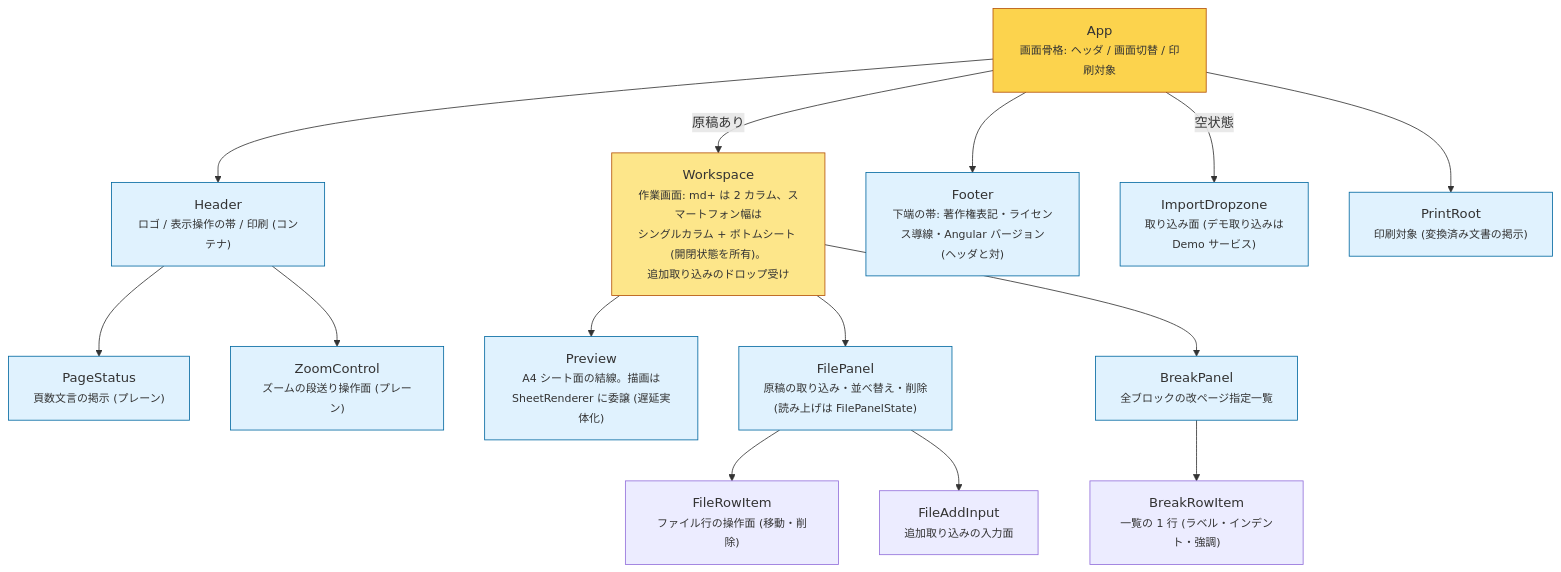
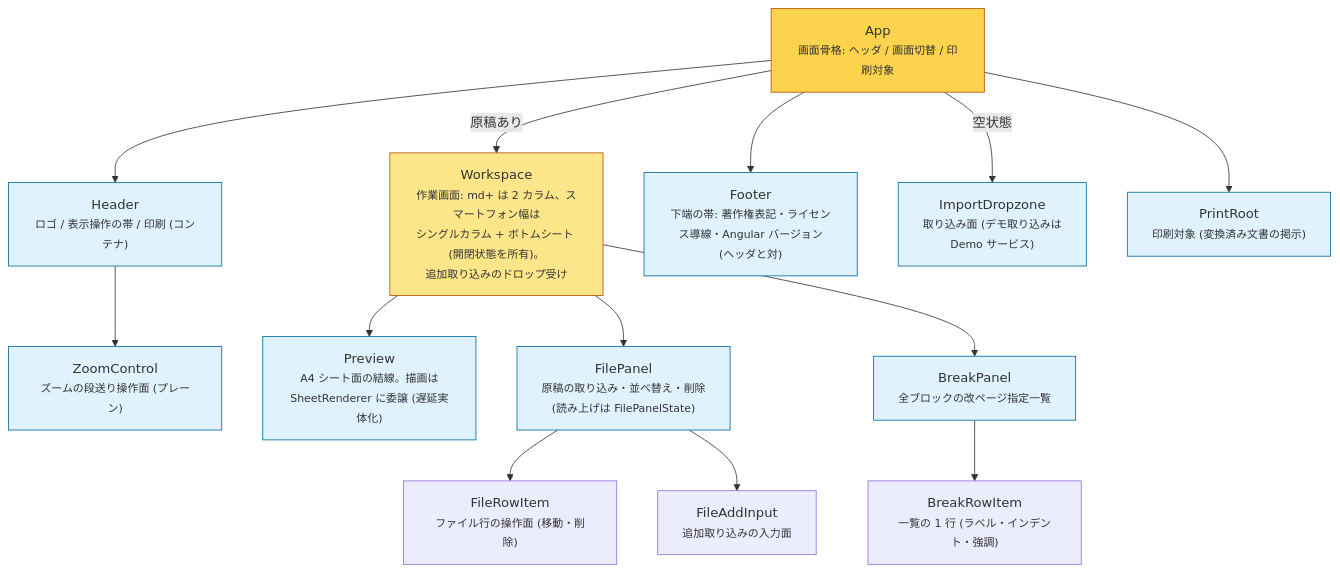
One commit to lacolaco/printmd changed the diagram in docs/component-tree.md. Above: the diagram before and after it, drawn with Mermaid. The commit also changed 3 other files, not shown here.

Commit message:
refactor: 1 行の PageStatus コンポーネントを Header のテンプレートへ畳み込む (#48)

````diff
--- a/docs/component-tree.md
+++ b/docs/component-tree.md
@@ -6,38 +6,36 @@
 ```mermaid
 flowchart TB
   APP["App<br/><small>画面骨格: ヘッダ / 画面切替 / 印刷対象</small>"]
   HEADER["Header<br/><small>ロゴ / 表示操作の帯 / 印刷 (コンテナ)</small>"]
-  STATUS["PageStatus<br/><small>頁数文言の掲示 (プレーン)</small>"]
   ZOOMC["ZoomControl<br/><small>ズームの段送り操作面 (プレーン)</small>"]
   WS["Workspace<br/><small>作業画面: md+ は 2 カラム、スマートフォン幅は<br/>シングルカラム + ボトムシート (開閉状態を所有)。<br/>追加取り込みのドロップ受け</small>"]
   PREVIEW["Preview<br/><small>A4 シート面の結線。描画は<br/>SheetRenderer に委譲 (遅延実体化)</small>"]
   FILEP["FilePanel<br/><small>原稿の取り込み・並べ替え・削除<br/>(読み上げは FilePanelState)</small>"]
   BREAKP["BreakPanel<br/><small>全ブロックの改ページ指定一覧</small>"]
   BREAKROW["BreakRowItem<br/><small>一覧の 1 行 (ラベル・インデント・強調)</small>"]
   FILEROW["FileRowItem<br/><small>ファイル行の操作面 (移動・削除)</small>"]
   FILEADD["FileAddInput<br/><small>追加取り込みの入力面</small>"]
   FOOTER["Footer<br/><small>下端の帯: 著作権表記・ライセンス導線・Angular バージョン<br/>(ヘッダと対)</small>"]
   DROP["ImportDropzone<br/><small>取り込み面 (デモ取り込みは<br/>Demo サービス)</small>"]
   PRINT["PrintRoot<br/><small>印刷対象 (変換済み文書の掲示)</small>"]
 
   APP --> HEADER
-  HEADER --> STATUS
   HEADER --> ZOOMC
   APP --> FOOTER
   APP -->|"原稿あり"| WS
   APP -->|"空状態"| DROP
   APP --> PRINT
   WS --> PREVIEW
   WS --> FILEP
   WS --> BREAKP
   BREAKP --> BREAKROW
   FILEP --> FILEROW
   FILEP --> FILEADD
 
   classDef shell fill:#fcd34d,stroke:#b45309
   classDef layout fill:#fde68a,stroke:#b45309
   classDef leaf fill:#e0f2fe,stroke:#0369a1
   class APP shell
   class WS layout
-  class HEADER,STATUS,ZOOMC,PREVIEW,FILEP,BREAKP,FOOTER,DROP,PRINT leaf
+  class HEADER,ZOOMC,PREVIEW,FILEP,BREAKP,FOOTER,DROP,PRINT leaf
 ```
````
